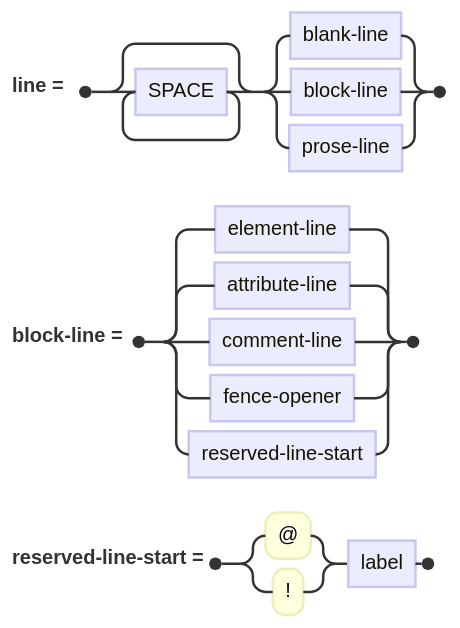
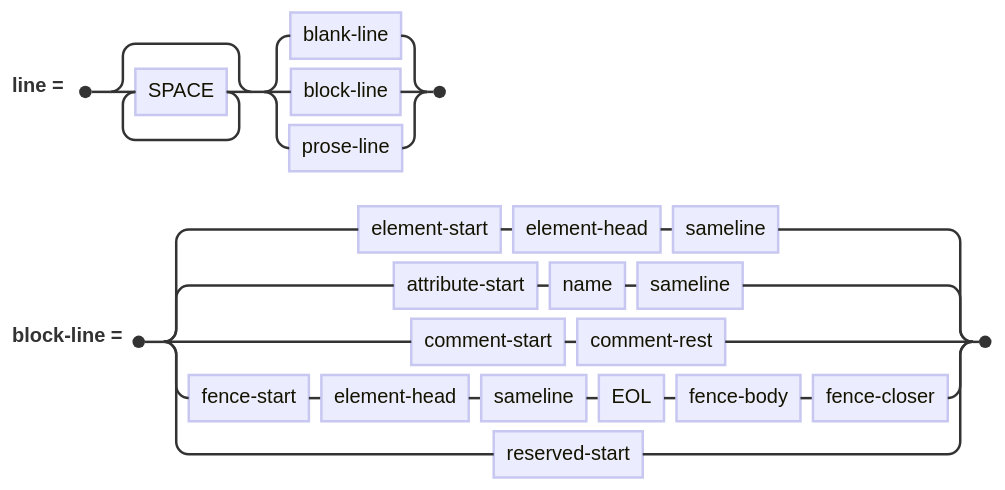
One commit to v2-io/udon changed the first of 10 diagrams in v2/spec-lite-0.1.0/.int/railroad-2026-10-21.md. Above: the diagram before and after it, drawn with Mermaid. The commit also changed other lines of this file and 1 other file, not shown here.

First line of the commit message:
spec-lite-0.1.0: railroad rewritten around the starts (Joseph, 2026-10-21): section 2 defines element/attribute/comment/fence/reserved-start with their guards marked OPEN; block-line, sameline items and text-end all built from them; verbatim recorded

````diff
--- a/v2/spec-lite-0.1.0/.int/railroad-2026-10-21.md
+++ b/v2/spec-lite-0.1.0/.int/railroad-2026-10-21.md
@@ -11,10 +11,8 @@
 ```mermaid
 railroad-peg-beta
 title "A line"
 line <- SPACE* (blank-line / block-line / prose-line) ;
-%% SPACE* is the line's column. A TAB or other non-space whitespace there is an error ([[rule:column-shifting-whitespace-error]]); U+00A0 counts as a space with a default-off warning ([[rule:no-break-space-counts-as-space]]). Ordered choice: a line that is not blank and does not start with a block form is prose.
-block-line <- element-line / attribute-line / comment-line / fence-opener / reserved-line-start ;
-%% a line that starts with a block form ([[def:block-form]]); Joseph's proposed term, 2026-10-21 ("blockline"). Element and attribute lines recurse through their sameline (section 3); a comment line swallows its rest and its deeper lines (section 9); a fence opener's rest is an element head plus sameline, then the body runs to the closer (section 7)
-reserved-line-start <- ("@" / "!") label ;
-%% error: a line starting with a reference or directive spelling is reserved ([[rule:prose-line-start-reserved]]). Escaped with a leading backslash it is not a block start and falls through to prose ([[rule:line-start-escape]])
+%% SPACE* is the line's column. A TAB or other non-space whitespace there is an error ([[rule:column-shifting-whitespace-error]]); U+00A0 counts as a space with a default-off warning ([[rule:no-break-space-counts-as-space]]). Ordered choice: a line that is not blank and does not begin with a start is prose
+block-line <- element-start element-head sameline / attribute-start name sameline / comment-start comment-rest / fence-start element-head sameline EOL fence-body fence-closer / reserved-start ;
+%% a line that begins with a block form ([[def:block-form]]); Joseph's term, 2026-10-21. Each alternative is a start (section 2) and what that start owns: element and attribute lines own a sameline (section 4); a comment line owns its rest and its deeper lines (section 10); a fence owns a head, a sameline and a body to its closer (section 8); a reserved start is an error
 ```
````
